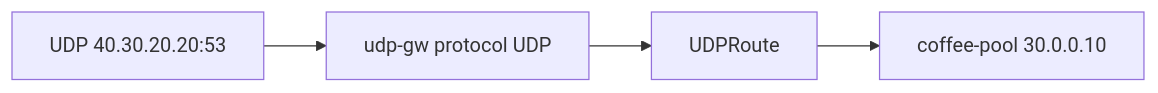
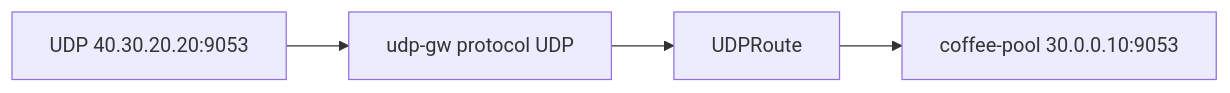
The diagram in Advanced_Feature/3.18_UDPRoute_Listener/README.md (mink0119/2609_f5bnk), drawn with Mermaid before and after one commit. The commit also changed other lines of this file and 80 other files, not shown here.

````diff
--- a/Advanced_Feature/3.18_UDPRoute_Listener/README.md
+++ b/Advanced_Feature/3.18_UDPRoute_Listener/README.md
@@ -5,6 +8,6 @@
 ```mermaid
 flowchart LR
-  C["UDP 40.30.20.20:53"] --> GW["udp-gw protocol UDP"]
+  C["UDP 40.30.20.20:9053"] --> GW["udp-gw protocol UDP"]
   GW --> R[UDPRoute]
-  R --> P1["coffee-pool 30.0.0.10"]
+  R --> P1["coffee-pool 30.0.0.10:9053"]
 ```
````
